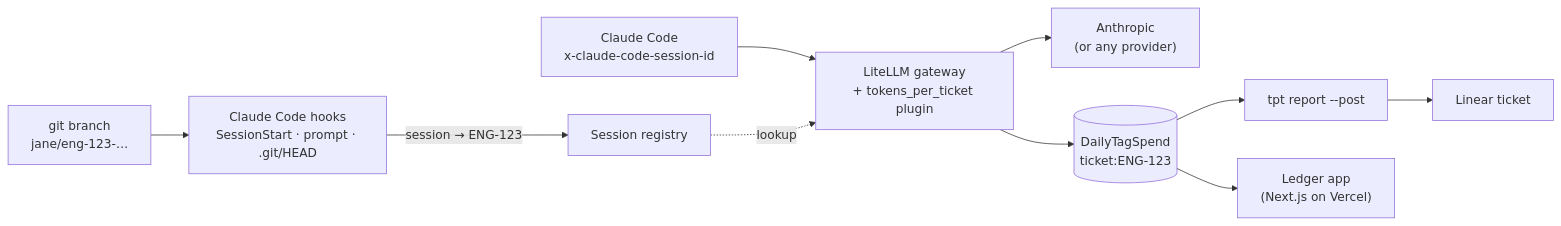
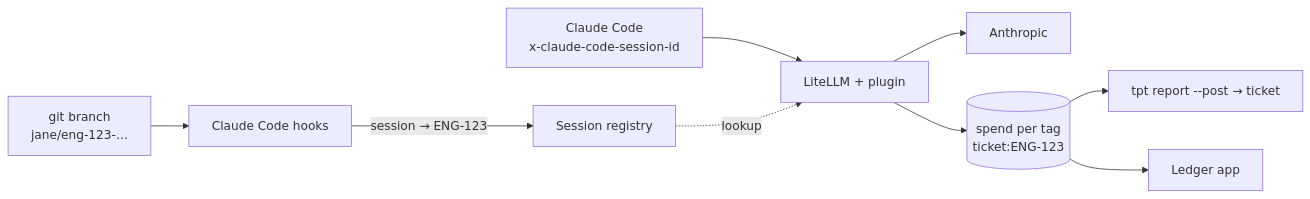
One commit to mostafa-drz/tokens-per-ticket changed the diagram in README.md. Above: the diagram before and after it, drawn with Mermaid. The commit also changed other lines of this file, not shown here.

````diff
--- a/README.md
+++ b/README.md
@@ -50,12 +38,11 @@
 ```mermaid
 flowchart LR
-  B["git branch<br/>jane/eng-123-…"] --> H["Claude Code hooks<br/>SessionStart · prompt · .git/HEAD"]
+  B["git branch<br/>jane/eng-123-…"] --> H["Claude Code hooks"]
   H -->|"session → ENG-123"| RG["Session registry"]
-  C["Claude Code<br/>x-claude-code-session-id"] --> G["LiteLLM gateway<br/>+ tokens_per_ticket plugin"]
+  C["Claude Code<br/>x-claude-code-session-id"] --> G["LiteLLM + plugin"]
   RG -.->|"lookup"| G
-  G --> P["Anthropic<br/>(or any provider)"]
-  G --> D[("DailyTagSpend<br/>ticket:ENG-123")]
-  D --> R["tpt report --post"]
-  D --> L["Ledger app<br/>(Next.js on Vercel)"]
-  R --> T["Linear ticket"]
+  G --> P["Anthropic"]
+  G --> D[("spend per tag<br/>ticket:ENG-123")]
+  D --> R["tpt report --post → ticket"]
+  D --> L["Ledger app"]
 ```
````
